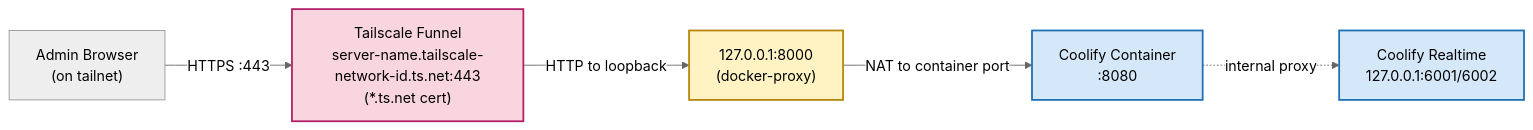
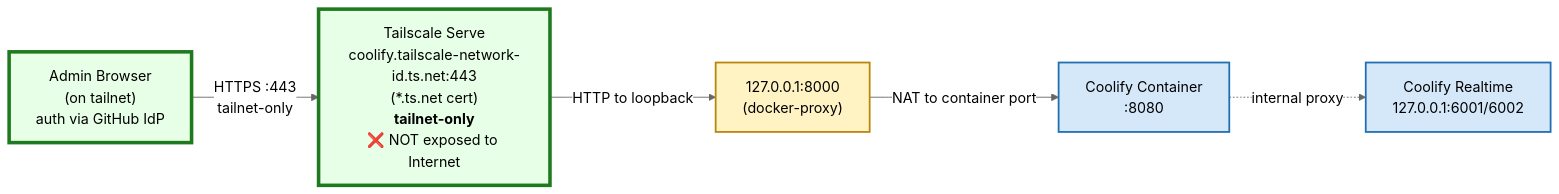
One commit to mota-lhd/blog changed the fifth of 5 diagrams in frontend/src/content/posts/tech-blog-02.md. Above: the diagram before and after it, drawn with Mermaid (neutral theme). The commit also changed other lines of this file and 1 other file, not shown here.

````diff
--- a/frontend/src/content/posts/tech-blog-02.md
+++ b/frontend/src/content/posts/tech-blog-02.md
@@ -322,21 +365,24 @@
 ```mermaid
 flowchart LR
-    A["Admin Browser<br/>(on tailnet)"]
-    TF["Tailscale Funnel<br/>server-name.tailscale-network-id.ts.net:443<br/>(*.ts.net cert)"]
+    A["Admin Browser<br/>(on tailnet)<br/>auth via GitHub IdP"]
+    TS["Tailscale Serve<br/>coolify.tailscale-network-id.ts.net:443<br/>(*.ts.net cert)<br/><b>tailnet-only</b><br/>❌ NOT exposed to Internet"]
     LP["127.0.0.1:8000<br/>(docker-proxy)"]
     C["Coolify Container<br/>:8080"]
     S["Coolify Realtime<br/>127.0.0.1:6001/6002"]
 
-    A -->|"HTTPS :443"| TF
-    TF -->|"HTTP to loopback"| LP
+    A -->|"HTTPS :443<br/>tailnet-only"| TS
+    TS -->|"HTTP to loopback"| LP
     LP -->|"NAT to container port"| C
     C -.->|"internal proxy"| S
 
-    classDef edge fill:#f9d5e0,stroke:#b21f66,stroke-width:2px,color:#000
+    classDef tailnet fill:#c8f7c8,stroke:#1f7a1f,stroke-width:4px,color:#000
     classDef loop fill:#fff3c4,stroke:#b8860b,stroke-width:2px,color:#000
     classDef cont fill:#d5e8f9,stroke:#1f6fb2,stroke-width:2px,color:#000
 
-    class TF edge
+    class A,TS tailnet
     class LP loop
     class C,S cont
+
+    style A fill:#e6ffe6,stroke:#1f7a1f,stroke-width:4px
+    style TS fill:#e6ffe6,stroke:#1f7a1f,stroke-width:4px
 ```
````
